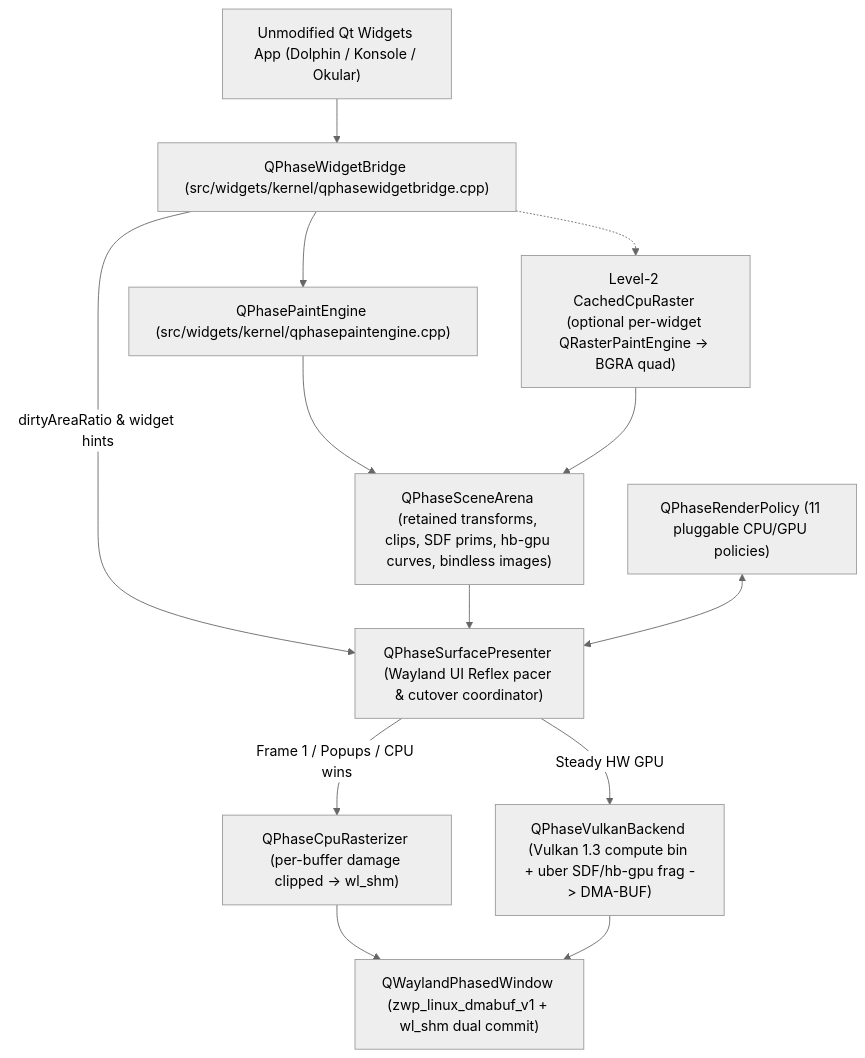
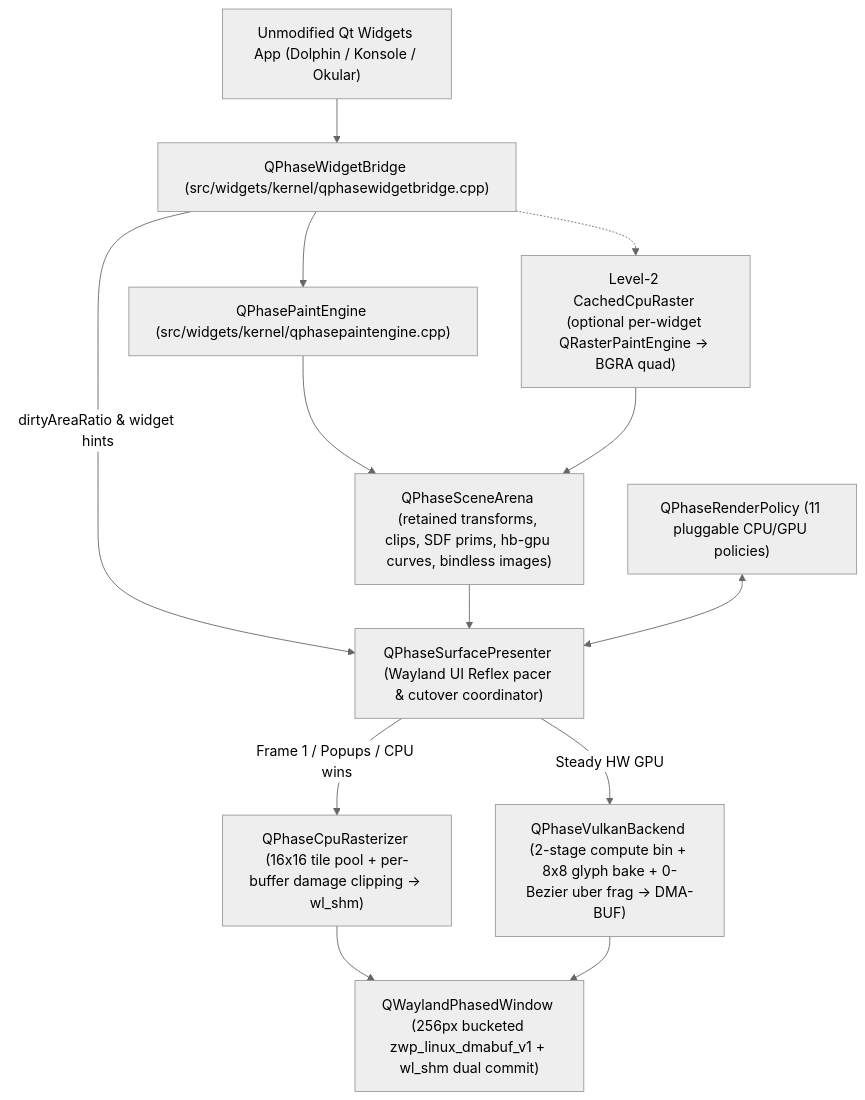
Before and after one commit to noonesss2132354/qtphase: the diagram in README.md, drawn with Mermaid (neutral theme). The commit also changed other lines of this file and 28 other files, not shown here.

````diff
--- a/README.md
+++ b/README.md
@@ -50,26 +95,26 @@
 ```mermaid
 flowchart TD
     App["Unmodified Qt Widgets App (Dolphin / Konsole / Okular)"]
     Bridge["QPhaseWidgetBridge (src/widgets/kernel/qphasewidgetbridge.cpp)"]
     Engine["QPhasePaintEngine (src/widgets/kernel/qphasepaintengine.cpp)"]
     Hybrid["Level-2 CachedCpuRaster (optional per-widget QRasterPaintEngine -> BGRA quad)"]
     Arena["QPhaseSceneArena (retained transforms, clips, SDF prims, hb-gpu curves, bindless images)"]
     Policy["QPhaseRenderPolicy (11 pluggable CPU/GPU policies)"]
     Presenter["QPhaseSurfacePresenter (Wayland UI Reflex pacer & cutover coordinator)"]
-    CPU["QPhaseCpuRasterizer (per-buffer damage clipped -> wl_shm)"]
-    GPU["QPhaseVulkanBackend (Vulkan 1.3 compute bin + uber SDF/hb-gpu frag -> DMA-BUF)"]
-    Wayland["QWaylandPhasedWindow (zwp_linux_dmabuf_v1 + wl_shm dual commit)"]
+    CPU["QPhaseCpuRasterizer (16x16 tile pool + per-buffer damage clipping -> wl_shm)"]
+    GPU["QPhaseVulkanBackend (2-stage compute bin + 8x8 glyph bake + 0-Bezier uber frag -> DMA-BUF)"]
+    Wayland["QWaylandPhasedWindow (256px bucketed zwp_linux_dmabuf_v1 + wl_shm dual commit)"]
 
     App --> Bridge
     Bridge --> Engine
     Bridge -.-> Hybrid
     Engine --> Arena
     Hybrid --> Arena
     Bridge -->|dirtyAreaRatio & widget hints| Presenter
     Arena --> Presenter
     Policy <--> Presenter
     Presenter -->|Frame 1 / Popups / CPU wins| CPU
     Presenter -->|Steady HW GPU| GPU
     CPU --> Wayland
     GPU --> Wayland
 ```
````
